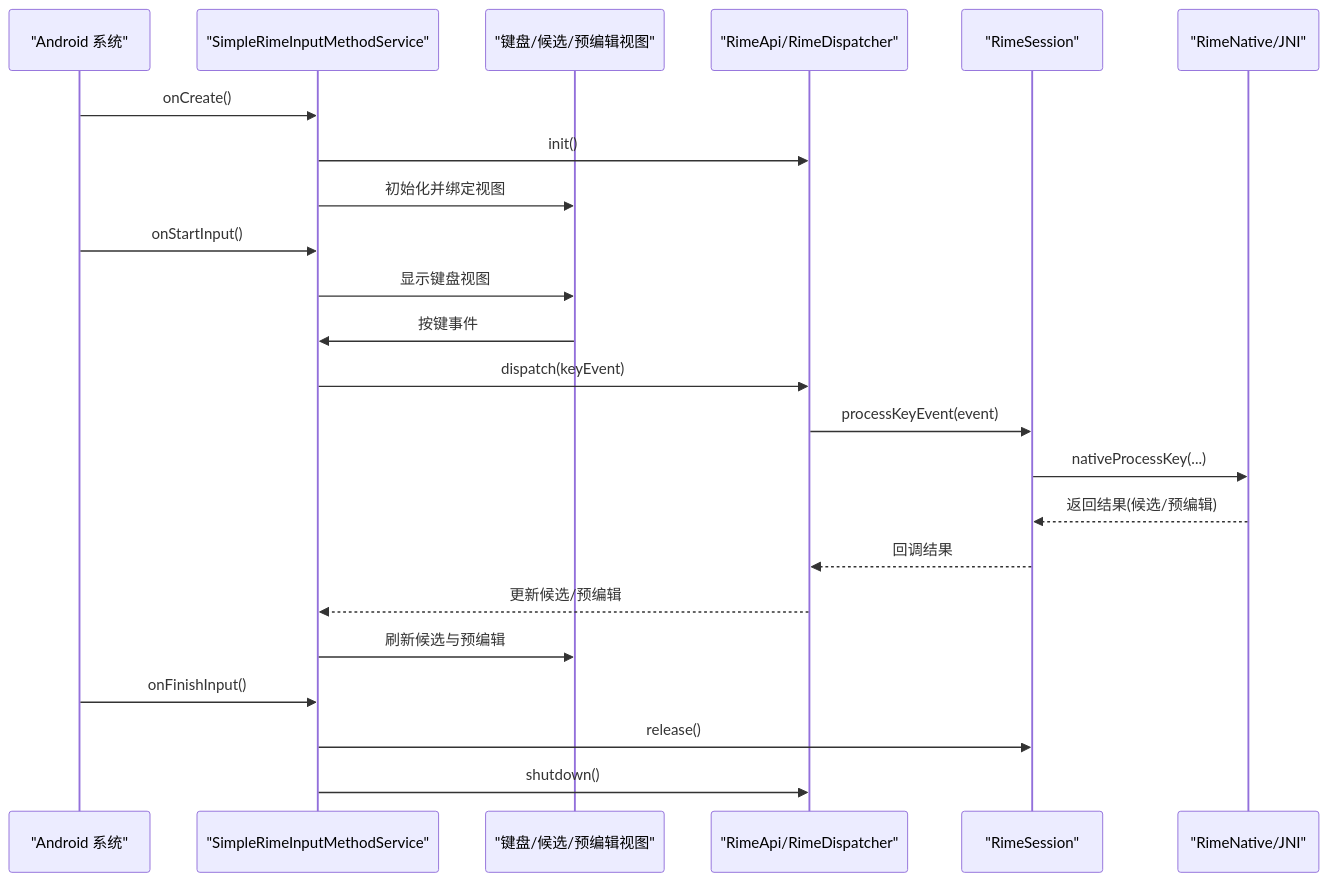
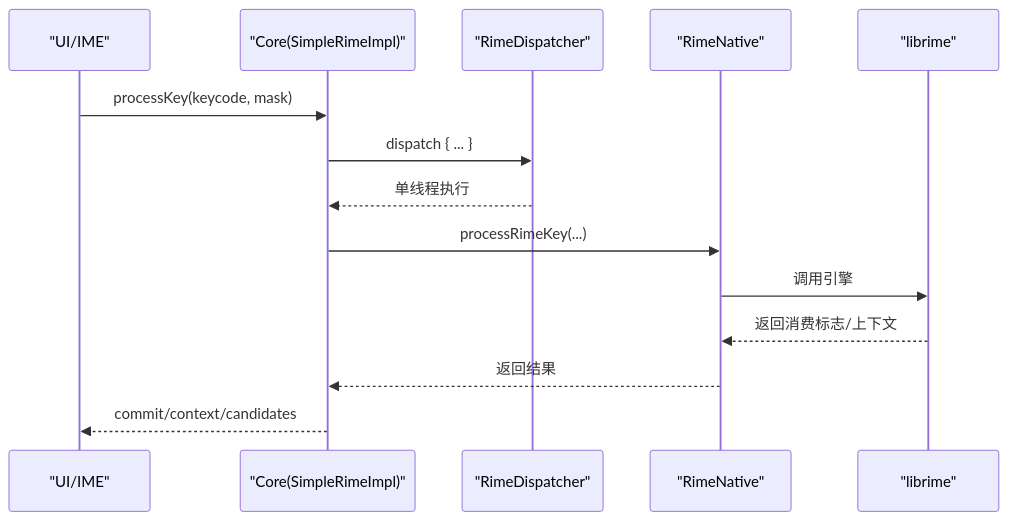
The third of 8 diagrams in .qoder/repowiki/zh/content/架构设计/架构设计.md (qiaodashaoye/ziyou-ime), drawn with Mermaid before and after one commit. The commit also changed other lines of this file and 407 other files, not shown here.

````diff
--- a/.qoder/repowiki/zh/content/架构设计/架构设计.md
+++ b/.qoder/repowiki/zh/content/架构设计/架构设计.md
@@ -259,25 +112,16 @@
 ```mermaid
 sequenceDiagram
-participant OS as "Android 系统"
-participant Service as "SimpleRimeInputMethodService"
-participant UI as "键盘/候选/预编辑视图"
-participant Core as "RimeApi/RimeDispatcher"
-participant Sess as "RimeSession"
-participant Native as "RimeNative/JNI"
-OS->>Service : onCreate()
-Service->>Core : init()
-Service->>UI : 初始化并绑定视图
-OS->>Service : onStartInput()
-Service->>UI : 显示键盘视图
-UI->>Service : 按键事件
-Service->>Core : dispatch(keyEvent)
-Core->>Sess : processKeyEvent(event)
-Sess->>Native : nativeProcessKey(...)
-Native-->>Sess : 返回结果(候选/预编辑)
-Sess-->>Core : 回调结果
-Core-->>Service : 更新候选/预编辑
-Service->>UI : 刷新候选与预编辑
-OS->>Service : onFinishInput()
-Service->>Sess : release()
-Service->>Core : shutdown()
+participant UI as "UI/IME"
+participant Core as "Core(SimpleRimeImpl)"
+participant Disp as "RimeDispatcher"
+participant JNI as "RimeNative"
+participant Eng as "librime"
+UI->>Core : processKey(keycode, mask)
+Core->>Disp : dispatch { ... }
+Disp-->>Core : 单线程执行
+Core->>JNI : processRimeKey(...)
+JNI->>Eng : 调用引擎
+Eng-->>JNI : 返回消费标志/上下文
+JNI-->>Core : 返回结果
+Core-->>UI : commit/context/candidates
 ```
````
